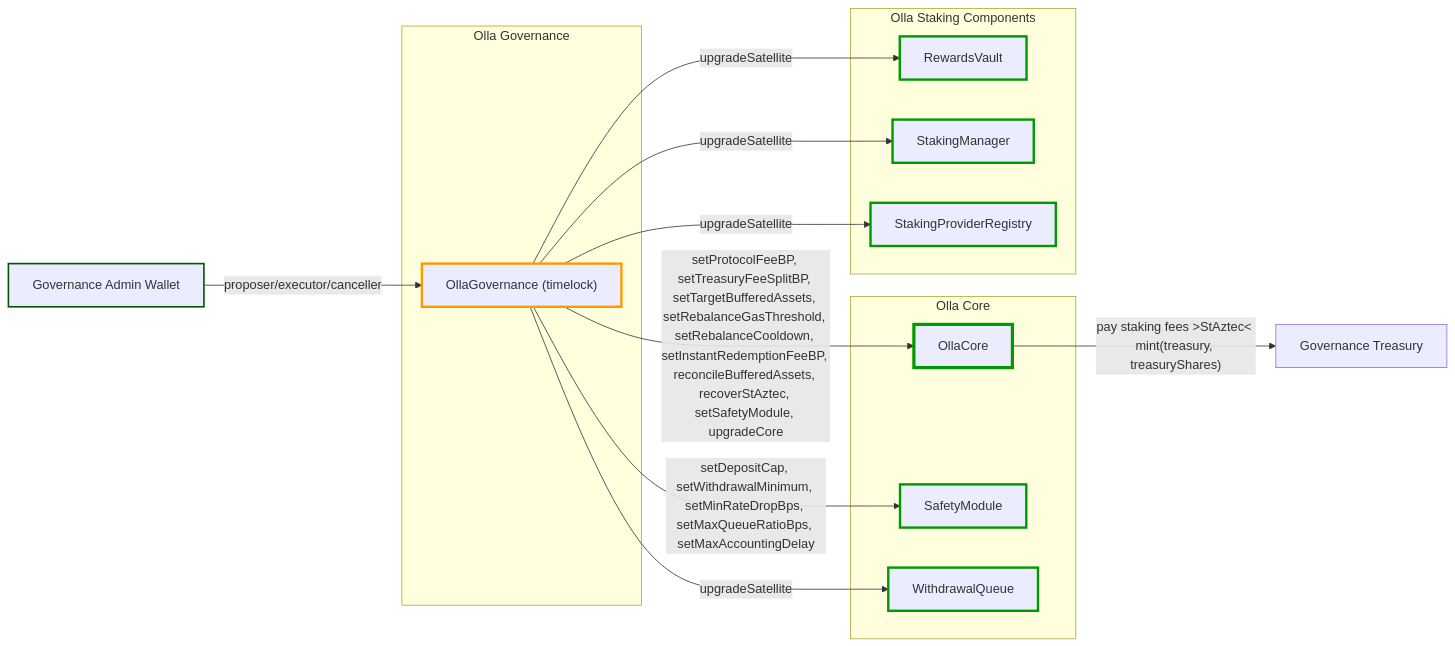
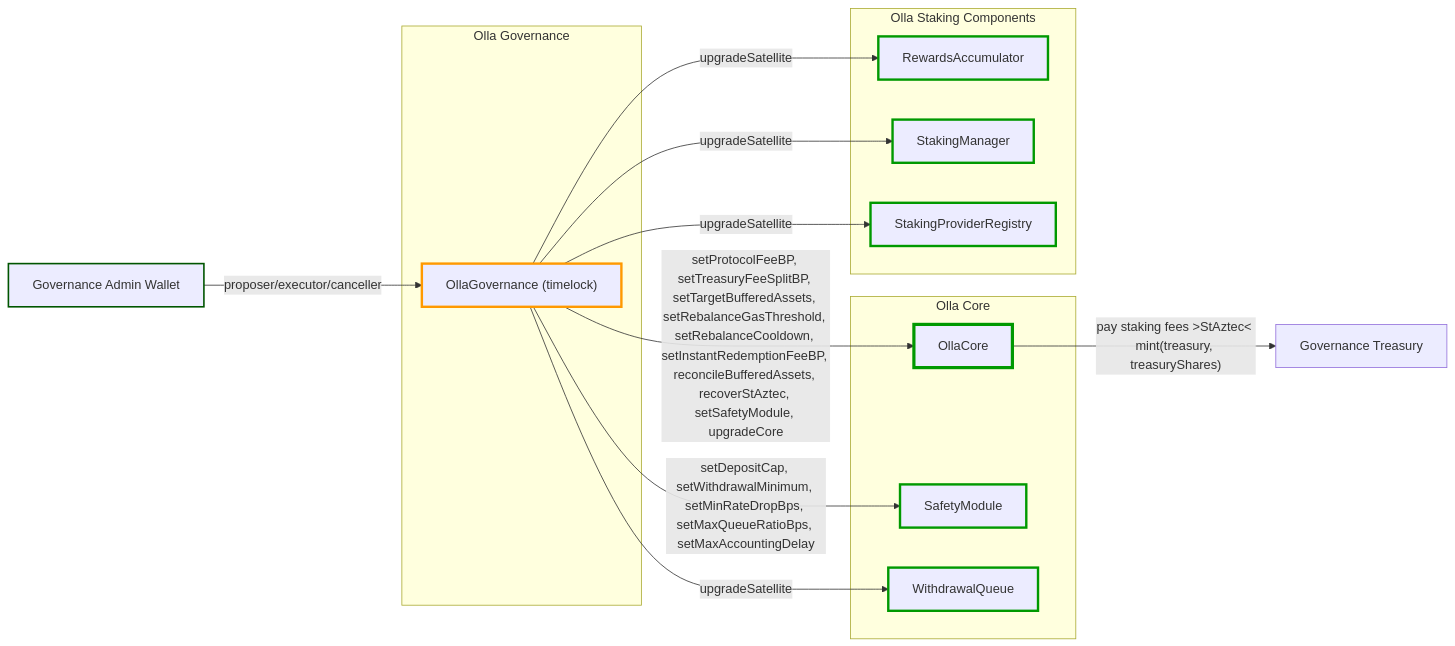
One commit to ollafinance/core changed the eighth of 8 diagrams in docs/overview.md. Above: the diagram before and after it, drawn with Mermaid. The commit also changed other lines of this file and 80 other files, not shown here.

````diff
--- a/docs/overview.md
+++ b/docs/overview.md
@@ -346,41 +346,41 @@
 ```mermaid
 flowchart LR
 
 governanceAdminWallet[Governance Admin Wallet]
 treasury[Governance Treasury]
 
 subgraph "Olla Governance"
     ollaGov["OllaGovernance (timelock)"]
 end
 
 governanceAdminWallet -->|"proposer/executor/canceller"| ollaGov
 
 subgraph "Olla Core"
     core[OllaCore]
     safety[SafetyModule]
     withdrawQ[WithdrawalQueue]
 end
 subgraph "Olla Staking Components"
-    rewards[RewardsVault]
+    rewards[RewardsAccumulator]
     stkMan[StakingManager]
     spr[StakingProviderRegistry]
 end
 
 ollaGov -->|"setProtocolFeeBP, setTreasuryFeeSplitBP, setTargetBufferedAssets, setRebalanceGasThreshold, setRebalanceCooldown, setInstantRedemptionFeeBP, reconcileBufferedAssets, recoverStAztec, setSafetyModule, upgradeCore"| core
 ollaGov -->|"setDepositCap, setWithdrawalMinimum, setMinRateDropBps, setMaxQueueRatioBps, setMaxAccountingDelay"| safety
 ollaGov -->|"upgradeSatellite"| withdrawQ
 ollaGov -->|"upgradeSatellite"| rewards
 ollaGov -->|"upgradeSatellite"| stkMan
 ollaGov -->|"upgradeSatellite"| spr
 
 core -->|"pay staking fees >StAztec< mint(treasury, treasuryShares)"| treasury
 
 style governanceAdminWallet stroke:#050,stroke-width:2px
 style ollaGov stroke:#f90,stroke-width:3px
 style core stroke:#090,stroke-width:4px
 style safety stroke:#090,stroke-width:3px
 style rewards stroke:#090,stroke-width:3px
 style stkMan stroke:#090,stroke-width:3px
 style spr stroke:#090,stroke-width:3px
 style withdrawQ stroke:#090,stroke-width:3px
 ```
````
